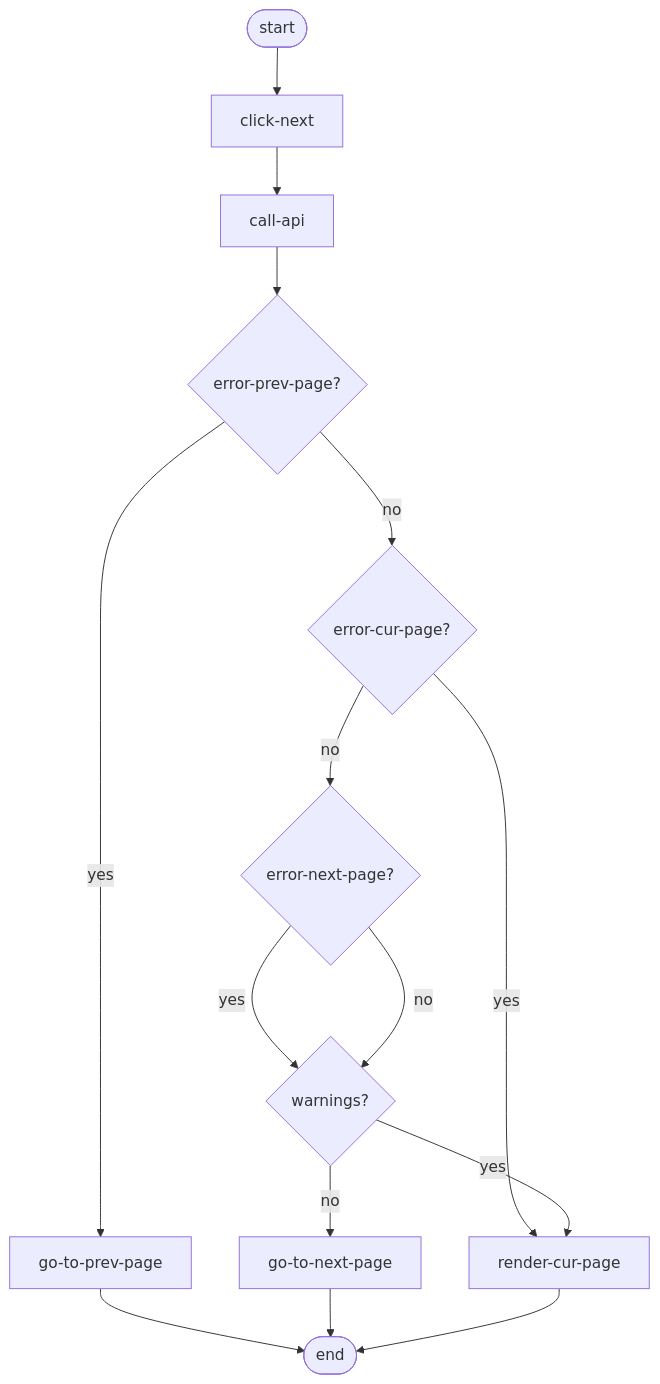
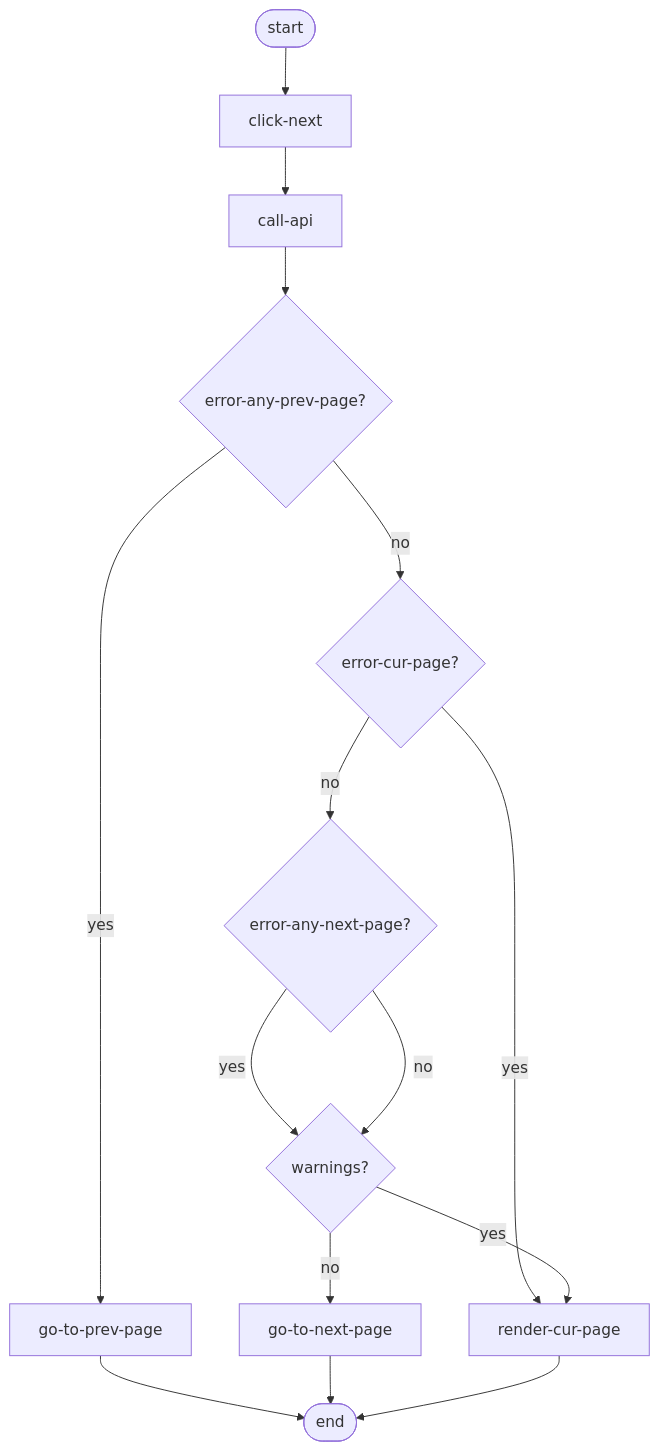
Before and after one commit to kiesraad/abacus: the third of 4 diagrams in documentatie/flowcharts/date-entry-page.md, drawn with Mermaid. The commit also changed other lines of this file, not shown here.

Commit message:
splits render page into render navigation menu and render form

````diff
--- a/documentatie/flowcharts/date-entry-page.md
+++ b/documentatie/flowcharts/date-entry-page.md
@@ -80,40 +117,40 @@
 ```mermaid
 flowchart TD
     %% elements
     flow-start([start])
     flow-end([end])
 
     click-next
     call-api
     go-to-prev-page
     go-to-next-page
     render-cur-page
 
-    error-prev-page{error-prev-page?}
+    error-any-prev-page{error-any-prev-page?}
     error-cur-page{error-cur-page?}
-    error-next-page{error-next-page?}
+    error-any-next-page{error-any-next-page?}
     warnings{warnings?}
 
     %% flow
 
     flow-start --> click-next
     click-next --> call-api
-    call-api --> error-prev-page
-    error-prev-page -- yes --> go-to-prev-page
+    call-api --> error-any-prev-page
+    error-any-prev-page -- yes --> go-to-prev-page
     go-to-prev-page --> flow-end
 
-    error-prev-page -- no --> error-cur-page
+    error-any-prev-page -- no --> error-cur-page
 
     error-cur-page -- yes --> render-cur-page
-    error-cur-page -- no --> error-next-page
+    error-cur-page -- no --> error-any-next-page
 
-    error-next-page -- yes --> warnings
-    error-next-page -- no --> warnings
+    error-any-next-page -- yes --> warnings
+    error-any-next-page -- no --> warnings
 
     warnings -- no --> go-to-next-page
     warnings -- yes --> render-cur-page
     
     go-to-next-page --> flow-end
     render-cur-page --> flow-end
 
 ```
````
